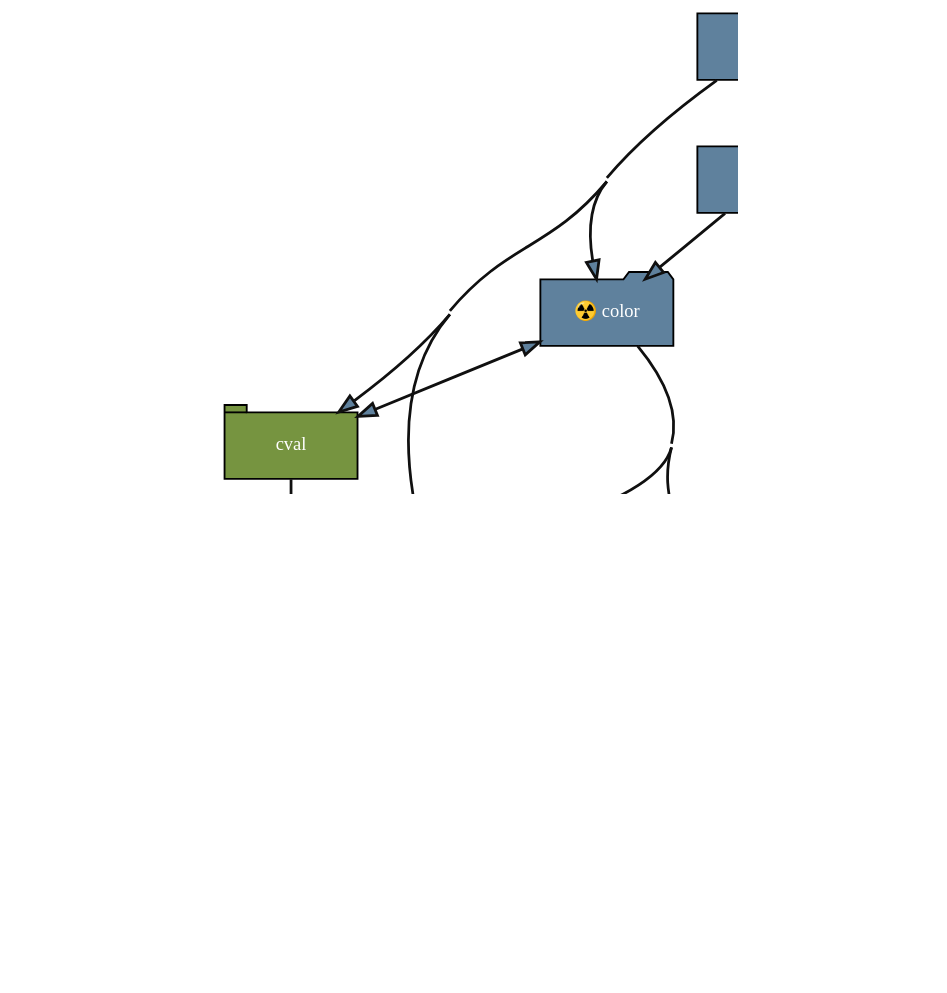
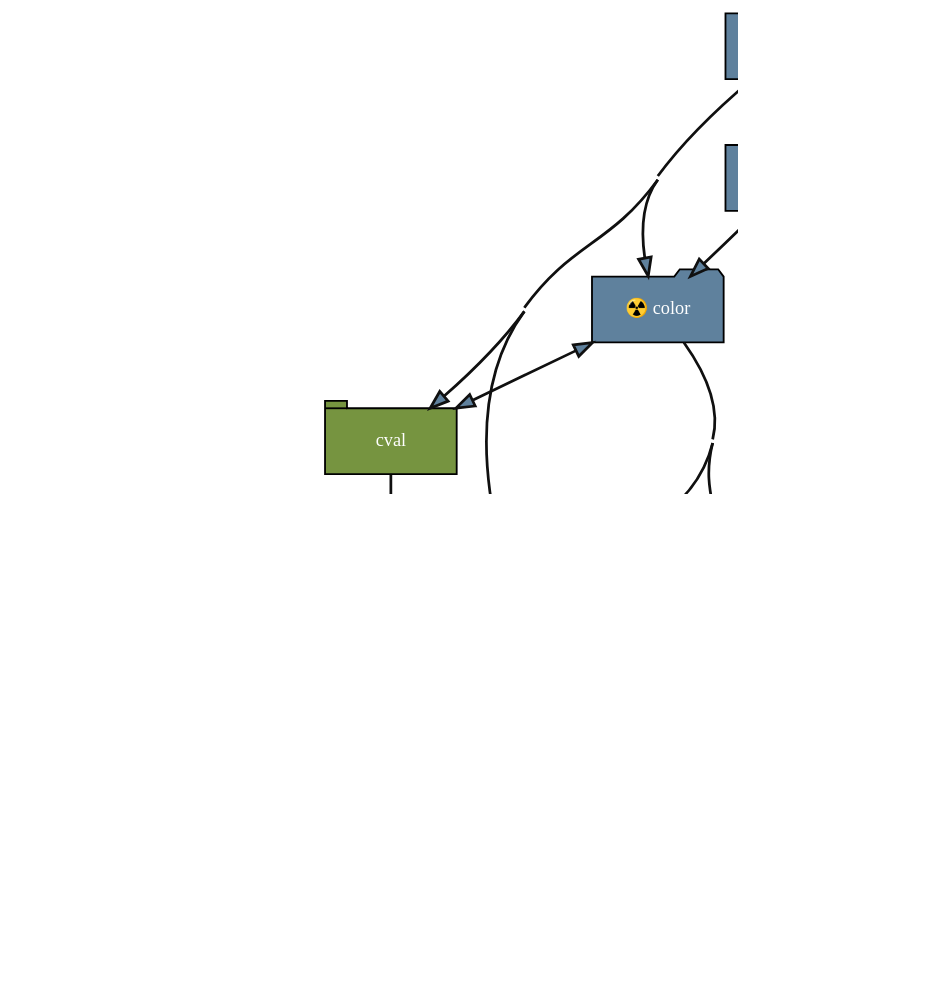
The diagram in docs/_generated/module-default.dot (delameter/pytermor), drawn with Graphviz before and after one commit. The commit also changed 70 other files, not shown here.

```diff
--- a/docs/_generated/module-default.dot
+++ b/docs/_generated/module-default.dot
@@ -1,58 +1,60 @@
 
 digraph G {
     dpi = 150;
     concentrate = true;
     rankdir = TB;
     #TBbalance = min;
     ratio=fill;
     size="4";
 
     node [
         style="filled",
         fontname="Literal Bold",
         margin="0.2,0.0",
         fontsize=10,
         width=1.0,
         height=.5,
     ];
     edge [
         color="#101010",
         penwidth=1.5,
     ];
 
     pytermor_ansi [shape="folder",group="low",fillcolor="#5f819d",fontcolor="#ffffff",label="ansi"];
+    pytermor_border [shape="tab",fillcolor="#769440",fontcolor="#ffffff",label="border"];
     pytermor_color [shape="folder",group="low",fillcolor="#5f819d",fontcolor="#ffffff",label="☢️ color"];
     pytermor_cval [shape="tab",fillcolor="#769440",fontcolor="#ffffff",label="cval"];
     pytermor_filter [shape="folder",group="low",fillcolor="#5f819d",fontcolor="#ffffff",label="filter"];
     pytermor_numfmt [shape="tab",fillcolor="#769440",fontcolor="#ffffff",label="numfmt"];
     pytermor_renderer [shape="tab",fillcolor="#769440",fontcolor="#ffffff",label="☢️ renderer"];
     pytermor_style [shape="tab",fillcolor="#769440",fontcolor="#ffffff",label="☢️ style"];
     pytermor_template [shape="tab",fillcolor="#769440",fontcolor="#ffffff",label="template"];
     pytermor_term [shape="folder",group="low",fillcolor="#5f819d",fontcolor="#ffffff",label="term"];
     pytermor_text [shape="tab",fillcolor="#769440",fontcolor="#ffffff",label="☢️ text"];
     pytermor_ansi -> pytermor_color [fillcolor="#5f819d"];
     pytermor_ansi -> pytermor_cval [fillcolor="#5f819d"];
     pytermor_ansi -> pytermor_filter [fillcolor="#5f819d"];
     pytermor_ansi -> pytermor_renderer [fillcolor="#5f819d"];
     pytermor_ansi -> pytermor_template [fillcolor="#5f819d"];
     pytermor_ansi -> pytermor_term [fillcolor="#5f819d"];
     pytermor_color -> pytermor_cval [fillcolor="#5f819d"];
     pytermor_color -> pytermor_renderer [fillcolor="#5f819d"];
     pytermor_color -> pytermor_style [fillcolor="#5f819d"];
     pytermor_color -> pytermor_template [fillcolor="#5f819d"];
     pytermor_color -> pytermor_text [fillcolor="#5f819d"];
     pytermor_cval -> pytermor_color [fillcolor="#769440"];
     pytermor_cval -> pytermor_style [fillcolor="#769440"];
     pytermor_renderer -> pytermor_template [fillcolor="#769440"];
     pytermor_renderer -> pytermor_text [fillcolor="#769440"];
     pytermor_style -> pytermor_numfmt [fillcolor="#769440"];
     pytermor_style -> pytermor_renderer [fillcolor="#769440"];
     pytermor_style -> pytermor_template [fillcolor="#769440"];
     pytermor_style -> pytermor_text [fillcolor="#769440"];
     pytermor_term -> pytermor_color [fillcolor="#5f819d"];
     pytermor_term -> pytermor_filter [fillcolor="#5f819d"];
     pytermor_term -> pytermor_template [fillcolor="#5f819d"];
     pytermor_term -> pytermor_text [fillcolor="#5f819d"];
+    pytermor_text -> pytermor_border [fillcolor="#769440"];
     pytermor_text -> pytermor_numfmt [fillcolor="#769440"];
     pytermor_text -> pytermor_template [fillcolor="#769440"];
 }
```
